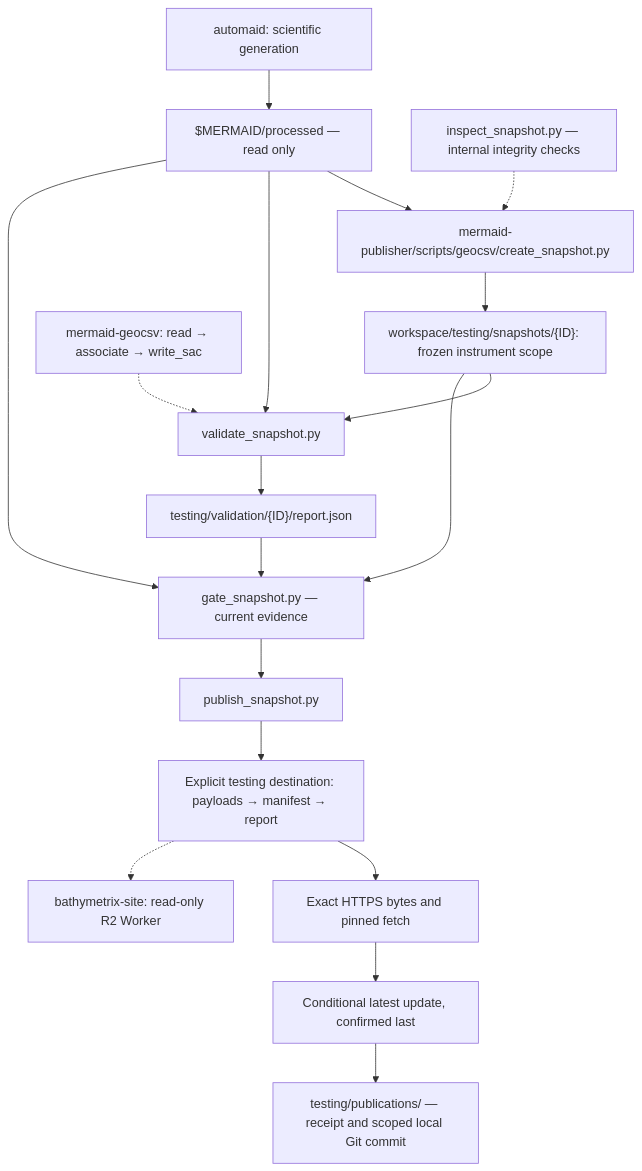
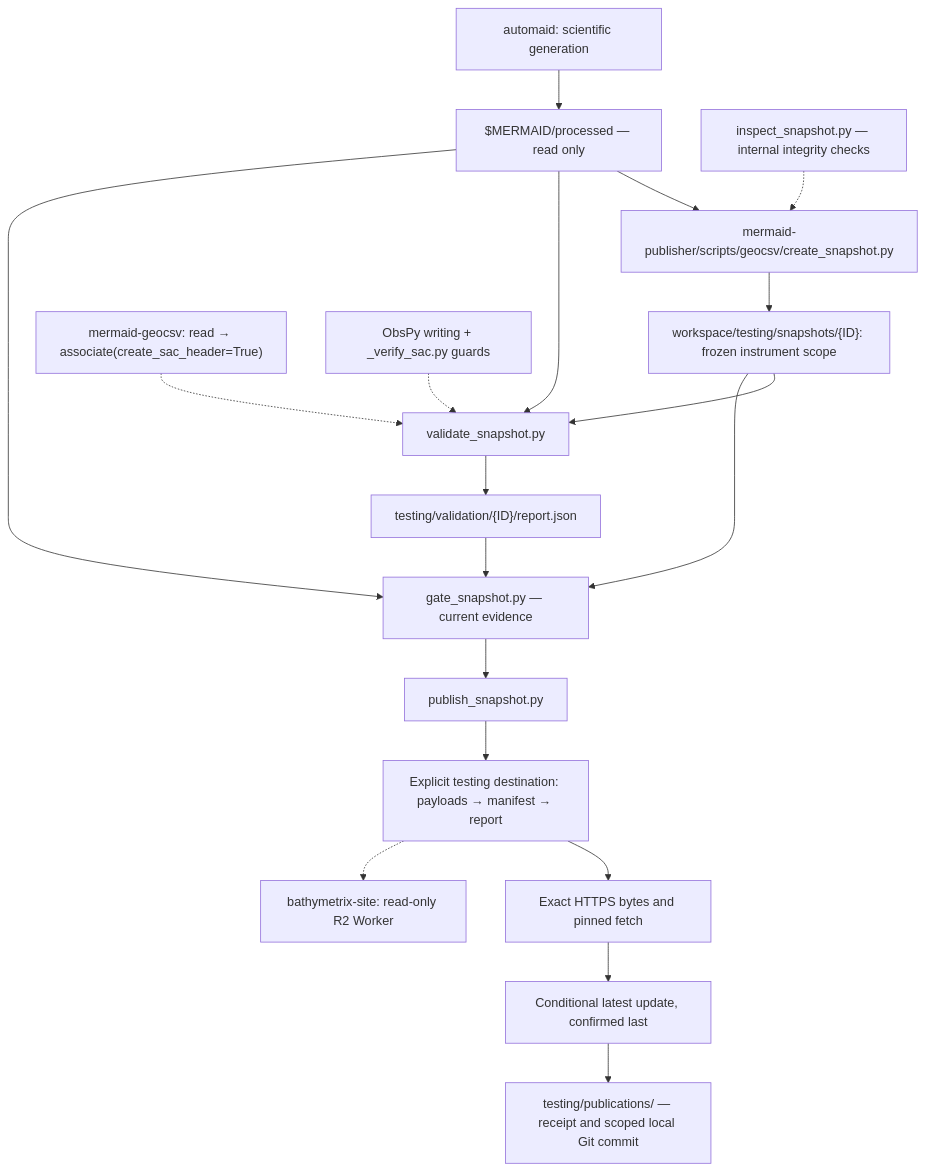
The diagram in docs/geocsv/WORKFLOW.md (Bathymetrix/mermaid-publisher), drawn with Mermaid before and after one commit. The commit also changed other lines of this file and 12 other files, not shown here.

````diff
--- a/docs/geocsv/WORKFLOW.md
+++ b/docs/geocsv/WORKFLOW.md
@@ -9,20 +9,21 @@
 ```mermaid
 flowchart TB
     upstream["automaid: scientific generation"] --> source["$MERMAID/processed — read only"]
     source --> create["mermaid-publisher/scripts/geocsv/create_snapshot.py"]
     inspect["inspect_snapshot.py — internal integrity checks"] -.-> create
     create --> snapshot["workspace/testing/snapshots/{ID}: frozen instrument scope"]
     snapshot --> validate["validate_snapshot.py"]
     source --> validate
-    api["mermaid-geocsv: read → associate → write_sac"] -.-> validate
+    api["mermaid-geocsv: read → associate(create_sac_header=True)"] -.-> validate
+    sac["ObsPy writing + _verify_sac.py guards"] -.-> validate
     validate --> report["testing/validation/{ID}/report.json"]
     report --> gate["gate_snapshot.py — current evidence"]
     snapshot --> gate
     source --> gate
     gate --> publish["publish_snapshot.py"]
     publish --> objects["Explicit testing destination: payloads → manifest → report"]
     objects --> checks["Exact HTTPS bytes and pinned fetch"]
     checks --> latest["Conditional latest update, confirmed last"]
     latest --> receipt["testing/publications/ — receipt and scoped local Git commit"]
     objects -.-> host["bathymetrix-site: read-only R2 Worker"]
 ```
````
